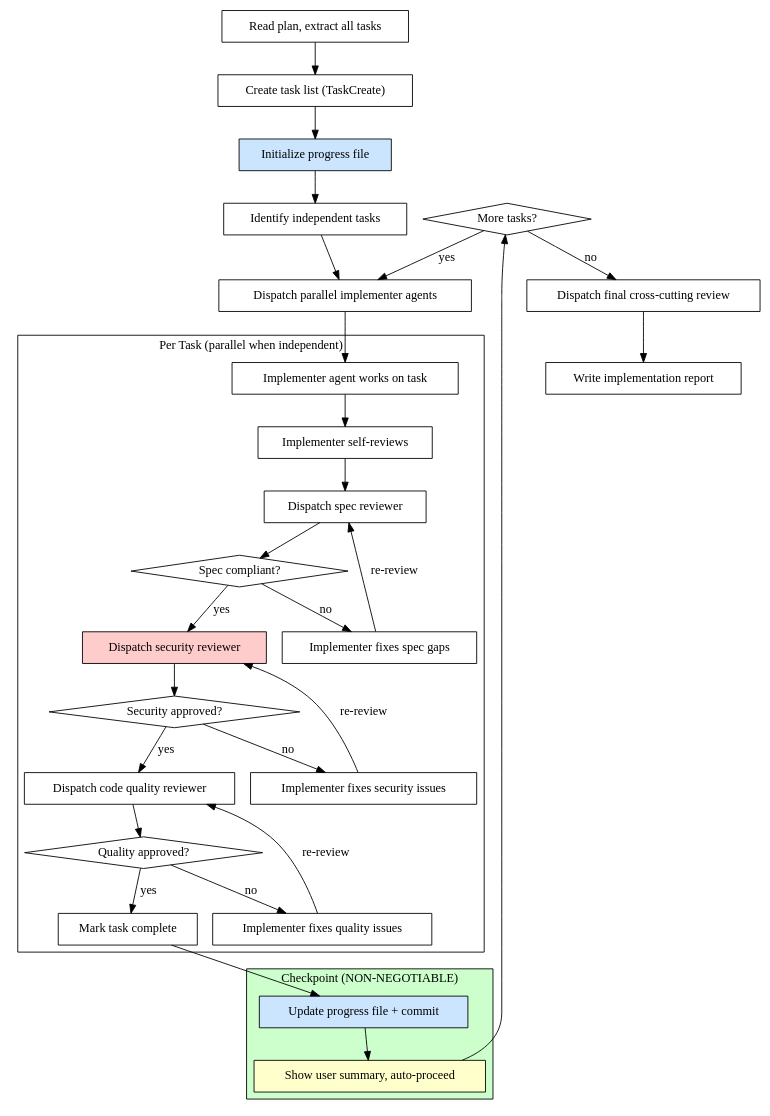
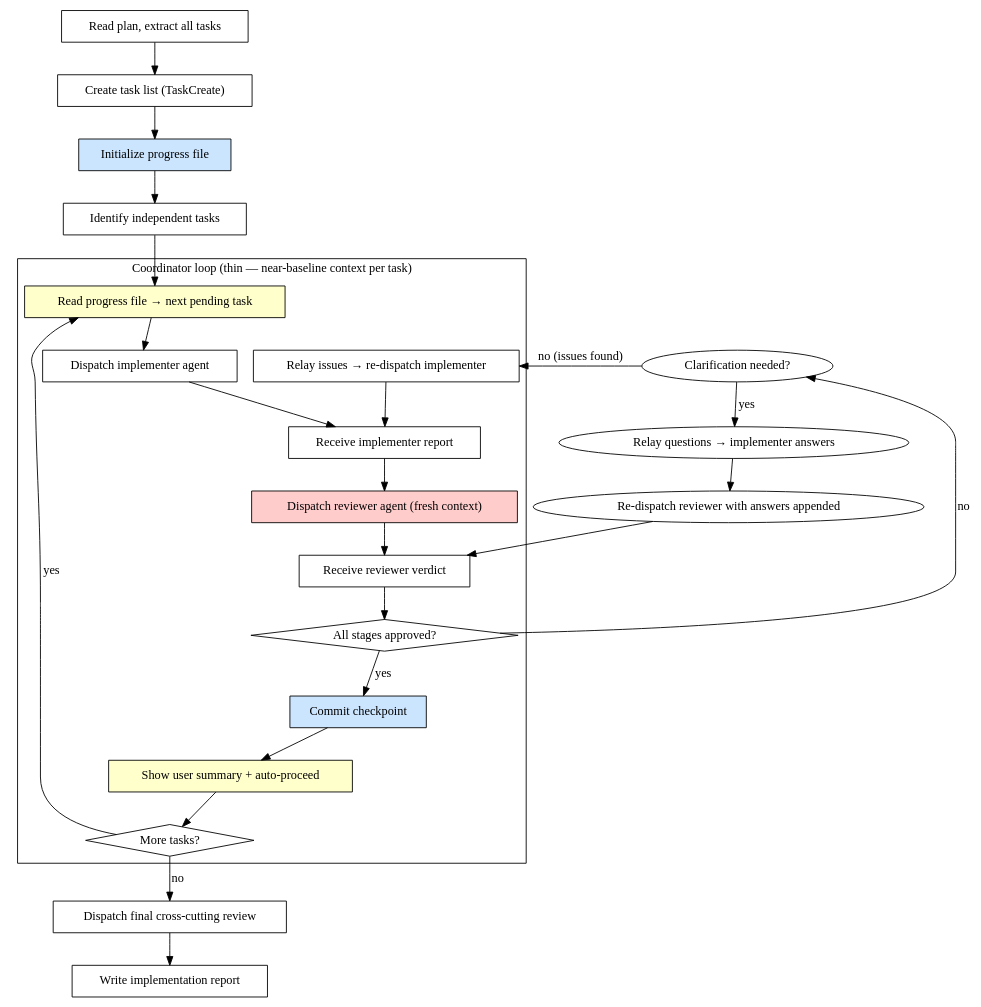
The diagram in .claude/skills/secure-feature-pipeline/step-3-implement.md (khanhnq1406/wealth-journey), drawn with Graphviz before and after one commit. The commit also changed other lines of this file and 3 other files, not shown here.

First line of the commit message:
refactor(skill): migrate secure-feature-pipeline to thin-coordinator + two-agent model

````diff
--- a/.claude/skills/secure-feature-pipeline/step-3-implement.md
+++ b/.claude/skills/secure-feature-pipeline/step-3-implement.md
@@ -82,65 +94,50 @@
 ```dot
 digraph implement {
     rankdir=TB;
 
     "Read plan, extract all tasks" [shape=box];
     "Create task list (TaskCreate)" [shape=box];
     "Initialize progress file" [shape=box style=filled fillcolor="#cce5ff"];
     "Identify independent tasks" [shape=box];
-    "Dispatch parallel implementer agents" [shape=box];
 
-    subgraph cluster_per_task {
-        label="Per Task (parallel when independent)";
-        "Implementer agent works on task" [shape=box];
-        "Implementer self-reviews" [shape=box];
-        "Dispatch spec reviewer" [shape=box];
-        "Spec compliant?" [shape=diamond];
-        "Implementer fixes spec gaps" [shape=box];
-        "Dispatch security reviewer" [shape=box style=filled fillcolor="#ffcccc"];
-        "Security approved?" [shape=diamond];
-        "Implementer fixes security issues" [shape=box];
-        "Dispatch code quality reviewer" [shape=box];
-        "Quality approved?" [shape=diamond];
-        "Implementer fixes quality issues" [shape=box];
-        "Mark task complete" [shape=box];
+    subgraph cluster_coordinator_loop {
+        label="Coordinator loop (thin — near-baseline context per task)";
+        "Read progress file → next pending task" [shape=box style=filled fillcolor="#ffffcc"];
+        "Dispatch implementer agent" [shape=box];
+        "Receive implementer report" [shape=box];
+        "Dispatch reviewer agent (fresh context)" [shape=box style=filled fillcolor="#ffcccc"];
+        "Receive reviewer verdict" [shape=box];
+        "All stages approved?" [shape=diamond];
+        "Relay issues → re-dispatch implementer" [shape=box];
+        "Commit checkpoint" [shape=box style=filled fillcolor="#cce5ff"];
+        "Show user summary + auto-proceed" [shape=box style=filled fillcolor="#ffffcc"];
+        "More tasks?" [shape=diamond];
     }
 
-    subgraph cluster_checkpoint {
-        label="Checkpoint (NON-NEGOTIABLE)";
-        style=filled;
-        fillcolor="#ccffcc";
-        "Update progress file + commit" [shape=box style=filled fillcolor="#cce5ff"];
-        "Show user summary, auto-proceed" [shape=box style=filled fillcolor="#ffffcc"];
-    }
-
-    "More tasks?" [shape=diamond];
     "Dispatch final cross-cutting review" [shape=box];
     "Write implementation report" [shape=box];
 
     "Read plan, extract all tasks" -> "Create task list (TaskCreate)";
     "Create task list (TaskCreate)" -> "Initialize progress file";
     "Initialize progress file" -> "Identify independent tasks";
-    "Identify independent tasks" -> "Dispatch parallel implementer agents";
-    "Dispatch parallel implementer agents" -> "Implementer agent works on task";
-    "Implementer agent works on task" -> "Implementer self-reviews";
-    "Implementer self-reviews" -> "Dispatch spec reviewer";
-    "Dispatch spec reviewer" -> "Spec compliant?";
-    "Spec compliant?" -> "Implementer fixes spec gaps" [label="no"];
-    "Implementer fixes spec gaps" -> "Dispatch spec reviewer" [label="re-review"];
-    "Spec compliant?" -> "Dispatch security reviewer" [label="yes"];
-    "Dispatch security reviewer" -> "Security approved?";
-    "Security approved?" -> "Implementer fixes security issues" [label="no"];
-    "Implementer fixes security issues" -> "Dispatch security reviewer" [label="re-review"];
-    "Security approved?" -> "Dispatch code quality reviewer" [label="yes"];
-    "Dispatch code quality reviewer" -> "Quality approved?";
-    "Quality approved?" -> "Implementer fixes quality issues" [label="no"];
-    "Implementer fixes quality issues" -> "Dispatch code quality reviewer" [label="re-review"];
-    "Quality approved?" -> "Mark task complete" [label="yes"];
-    "Mark task complete" -> "Update progress file + commit";
-    "Update progress file + commit" -> "Show user summary, auto-proceed";
-    "Show user summary, auto-proceed" -> "More tasks?";
-    "More tasks?" -> "Dispatch parallel implementer agents" [label="yes"];
+    "Identify independent tasks" -> "Read progress file → next pending task";
+
+    "Read progress file → next pending task" -> "Dispatch implementer agent";
+    "Dispatch implementer agent" -> "Receive implementer report";
+    "Receive implementer report" -> "Dispatch reviewer agent (fresh context)";
+    "Dispatch reviewer agent (fresh context)" -> "Receive reviewer verdict";
+    "Receive reviewer verdict" -> "All stages approved?";
+    "All stages approved?" -> "Clarification needed?" [label="no"];
+    "Clarification needed?" -> "Relay questions → implementer answers" [label="yes"];
+    "Relay questions → implementer answers" -> "Re-dispatch reviewer with answers appended";
+    "Re-dispatch reviewer with answers appended" -> "Receive reviewer verdict";
+    "Clarification needed?" -> "Relay issues → re-dispatch implementer" [label="no (issues found)"];
+    "Relay issues → re-dispatch implementer" -> "Receive implementer report";
+    "All stages approved?" -> "Commit checkpoint" [label="yes"];
+    "Commit checkpoint" -> "Show user summary + auto-proceed";
+    "Show user summary + auto-proceed" -> "More tasks?";
+    "More tasks?" -> "Read progress file → next pending task" [label="yes"];
     "More tasks?" -> "Dispatch final cross-cutting review" [label="no"];
     "Dispatch final cross-cutting review" -> "Write implementation report";
 }
 ```
````
